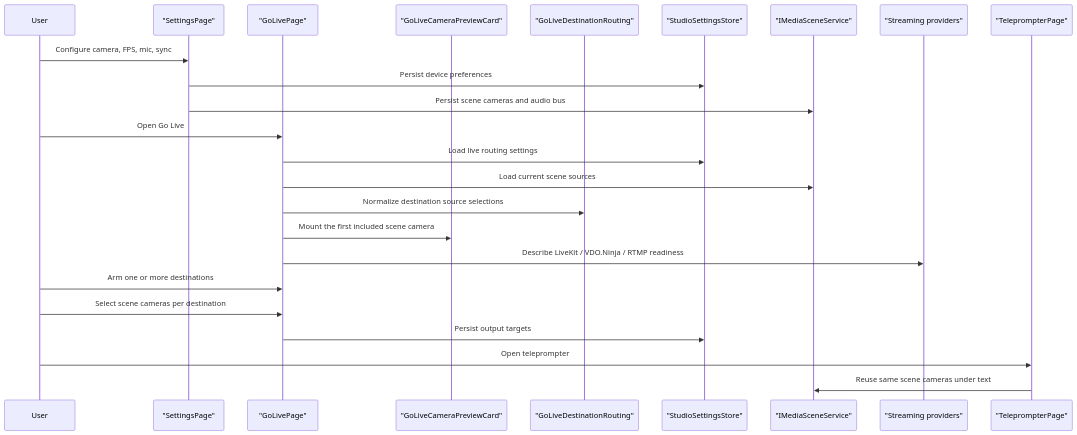
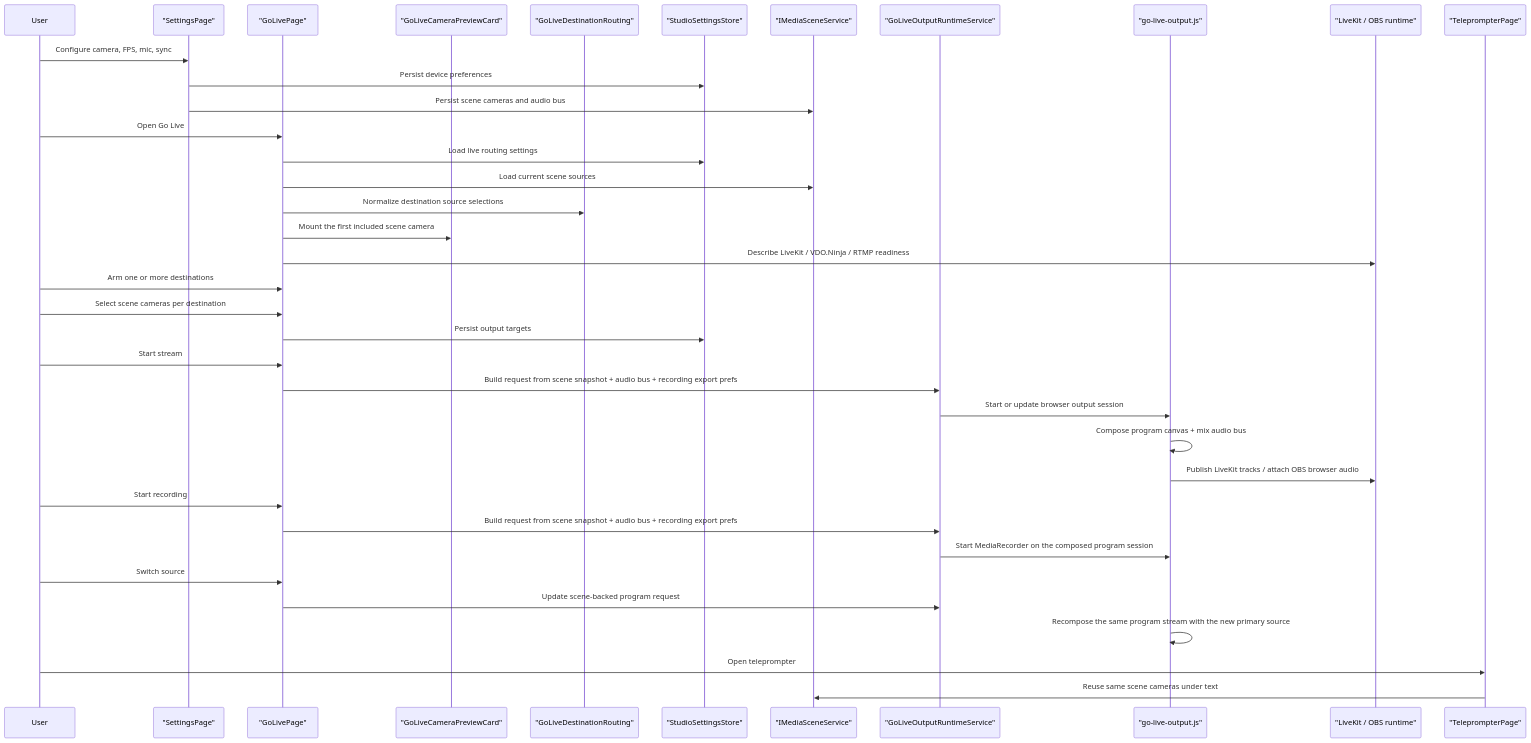
The first of 3 diagrams in docs/Features/GoLiveRuntime.md (managedcode/PrompterOne), drawn with Mermaid before and after one commit. The commit also changed other lines of this file and 114 other files, not shown here.

````diff
--- a/docs/Features/GoLiveRuntime.md
+++ b/docs/Features/GoLiveRuntime.md
@@ -22,27 +38,40 @@
 ```mermaid
 sequenceDiagram
     participant User
     participant Settings as "SettingsPage"
     participant GoLive as "GoLivePage"
     participant Preview as "GoLiveCameraPreviewCard"
     participant Routing as "GoLiveDestinationRouting"
     participant Studio as "StudioSettingsStore"
     participant Scene as "IMediaSceneService"
-    participant Providers as "Streaming providers"
+    participant Runtime as "GoLiveOutputRuntimeService"
+    participant Browser as "go-live-output.js"
+    participant Providers as "LiveKit / OBS runtime"
     participant Reader as "TeleprompterPage"
 
     User->>Settings: Configure camera, FPS, mic, sync
     Settings->>Studio: Persist device preferences
     Settings->>Scene: Persist scene cameras and audio bus
     User->>GoLive: Open Go Live
     GoLive->>Studio: Load live routing settings
     GoLive->>Scene: Load current scene sources
     GoLive->>Routing: Normalize destination source selections
     GoLive->>Preview: Mount the first included scene camera
     GoLive->>Providers: Describe LiveKit / VDO.Ninja / RTMP readiness
     User->>GoLive: Arm one or more destinations
     User->>GoLive: Select scene cameras per destination
     GoLive->>Studio: Persist output targets
+    User->>GoLive: Start stream
+    GoLive->>Runtime: Build request from scene snapshot + audio bus + recording export prefs
+    Runtime->>Browser: Start or update browser output session
+    Browser->>Browser: Compose program canvas + mix audio bus
+    Browser->>Providers: Publish LiveKit tracks / attach OBS browser audio
+    User->>GoLive: Start recording
+    GoLive->>Runtime: Build request from scene snapshot + audio bus + recording export prefs
+    Runtime->>Browser: Start MediaRecorder on the composed program session
+    User->>GoLive: Switch source
+    GoLive->>Runtime: Update scene-backed program request
+    Browser->>Browser: Recompose the same program stream with the new primary source
     User->>Reader: Open teleprompter
     Reader->>Scene: Reuse same scene cameras under text
 ```
````
